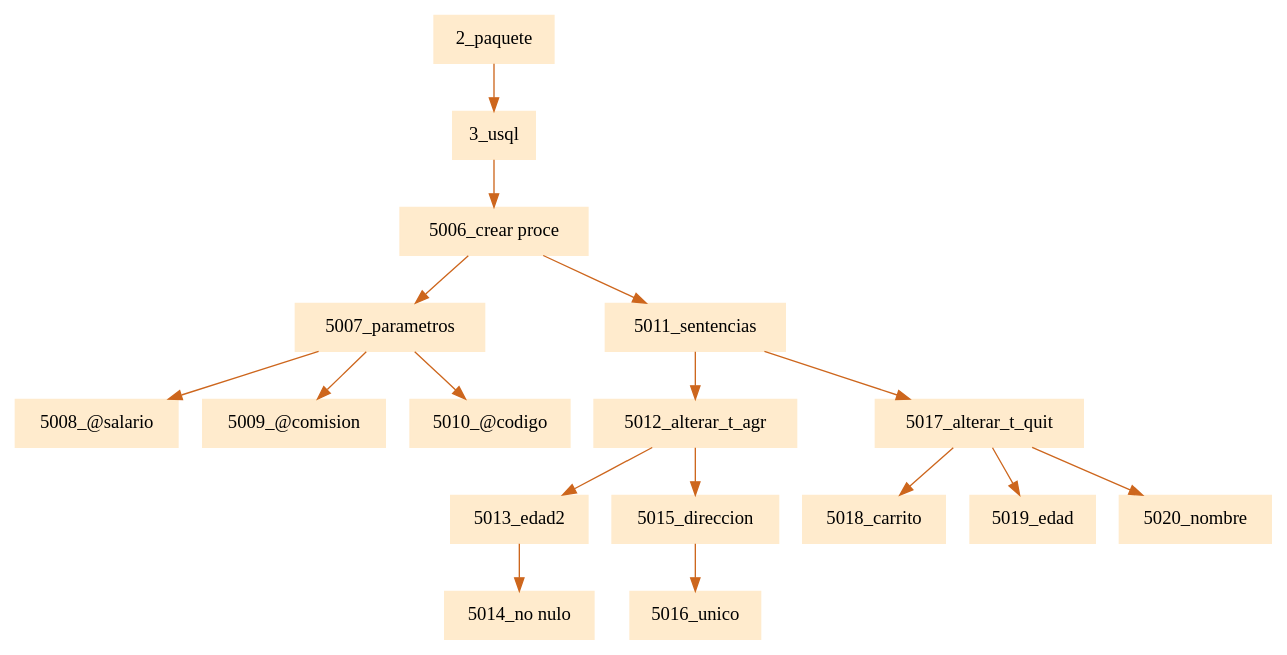
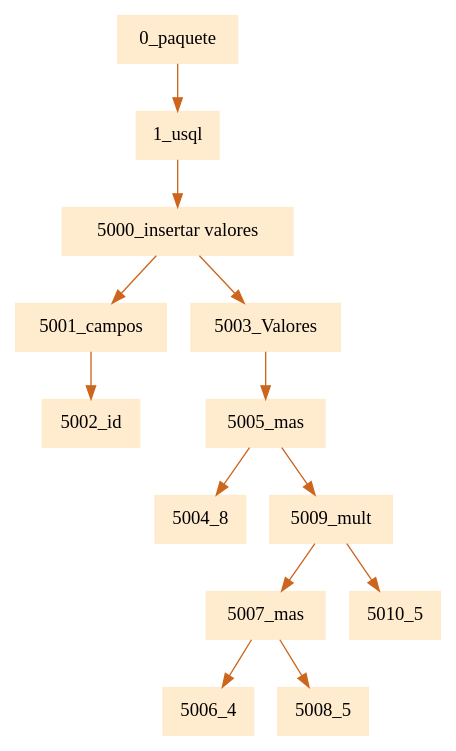
The diagram in pr1Compilarodores2/paquete.dot (JamesMelgar/compi2javaccpr1), drawn with Graphviz before and after one commit. The commit also changed 20 other files, not shown here.

```diff
--- a/pr1Compilarodores2/paquete.dot
+++ b/pr1Compilarodores2/paquete.dot
@@ -1,5 +1,5 @@
 digraph G {node[shape=box, style=filled, color=blanchedalmond]; edge[color=chocolate3];rankdir=UD 
 
-"2_paquete"->"3_usql""3_usql"->"5006_crear proce""5006_crear proce"->"5007_parametros""5007_parametros"->"5008_@salario""5007_parametros"->"5009_@comision""5007_parametros"->"5010_@codigo""5006_crear proce"->"5011_sentencias""5011_sentencias"->"5012_alterar_t_agr""5012_alterar_t_agr"->"5013_edad2""5013_edad2"->"5014_no nulo""5012_alterar_t_agr"->"5015_direccion""5015_direccion"->"5016_unico""5011_sentencias"->"5017_alterar_t_quit""5017_alterar_t_quit"->"5018_carrito""5017_alterar_t_quit"->"5019_edad""5017_alterar_t_quit"->"5020_nombre"
+"0_paquete"->"1_usql""1_usql"->"5000_insertar valores""5000_insertar valores"->"5001_campos""5001_campos"->"5002_id""5000_insertar valores"->"5003_Valores""5003_Valores"->"5005_mas""5005_mas"->"5004_8""5005_mas"->"5009_mult""5009_mult"->"5007_mas""5007_mas"->"5006_4""5007_mas"->"5008_5""5009_mult"->"5010_5"
 
 }
```
